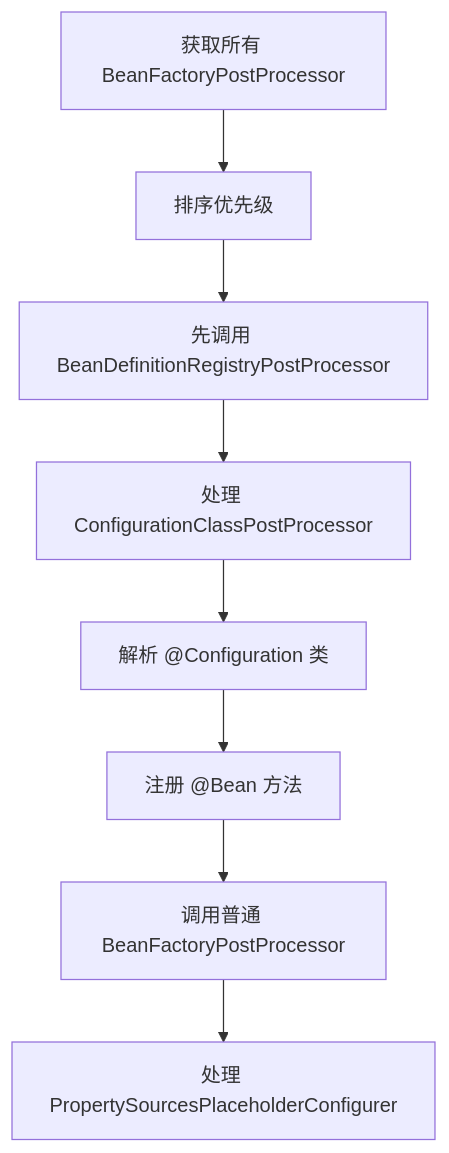
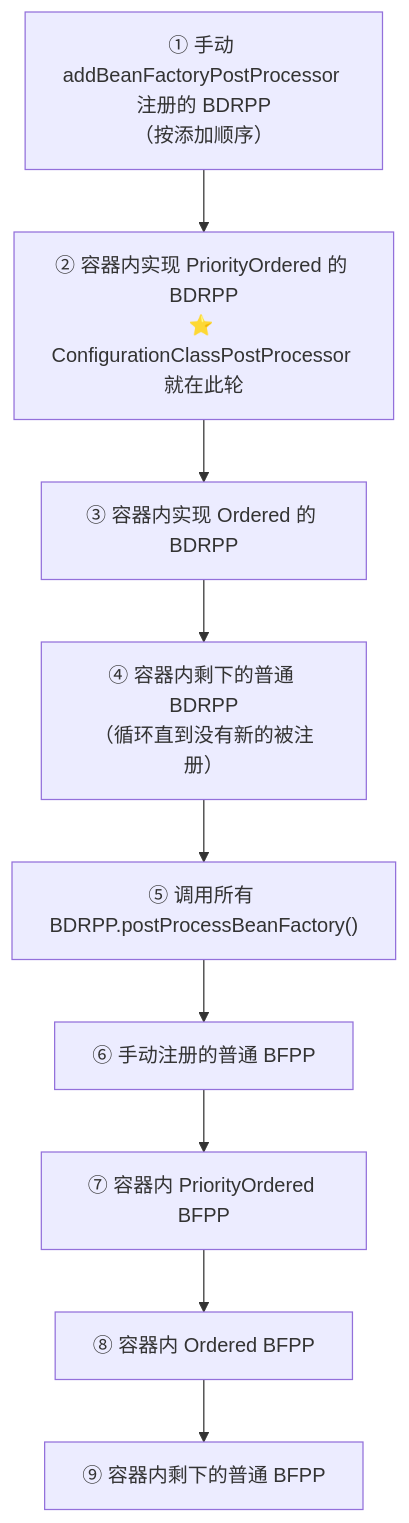
Before and after one commit to b1tzer/b1tzer.github.io: the third of 5 diagrams in docs/02-spring/01-核心基础/03-Spring容器启动流程深度解析.md, drawn with Mermaid. The commit also changed other lines of this file and 2 other files, not shown here.

````diff
--- a/docs/02-spring/01-核心基础/03-Spring容器启动流程深度解析.md
+++ b/docs/02-spring/01-核心基础/03-Spring容器启动流程深度解析.md
@@ -231,10 +301,11 @@
 ```mermaid
 flowchart TB
-    A[获取所有 BeanFactoryPostProcessor] --> B[排序优先级]
-    B --> C[先调用 BeanDefinitionRegistryPostProcessor]
-    C --> D[处理 ConfigurationClassPostProcessor]
-    D --> E[解析 @Configuration 类]
-    E --> F[注册 @Bean 方法]
-    F --> G[调用普通 BeanFactoryPostProcessor]
-    G --> H[处理 PropertySourcesPlaceholderConfigurer]
+    A["① 手动 addBeanFactoryPostProcessor 注册的 BDRPP<br>（按添加顺序）"] --> B["② 容器内实现 PriorityOrdered 的 BDRPP<br>⭐ ConfigurationClassPostProcessor 就在此轮"]
+    B --> C["③ 容器内实现 Ordered 的 BDRPP"]
+    C --> D["④ 容器内剩下的普通 BDRPP<br>（循环直到没有新的被注册）"]
+    D --> E["⑤ 调用所有 BDRPP.postProcessBeanFactory()"]
+    E --> F["⑥ 手动注册的普通 BFPP"]
+    F --> G["⑦ 容器内 PriorityOrdered BFPP"]
+    G --> H["⑧ 容器内 Ordered BFPP"]
+    H --> I["⑨ 容器内剩下的普通 BFPP"]
 ```
````
